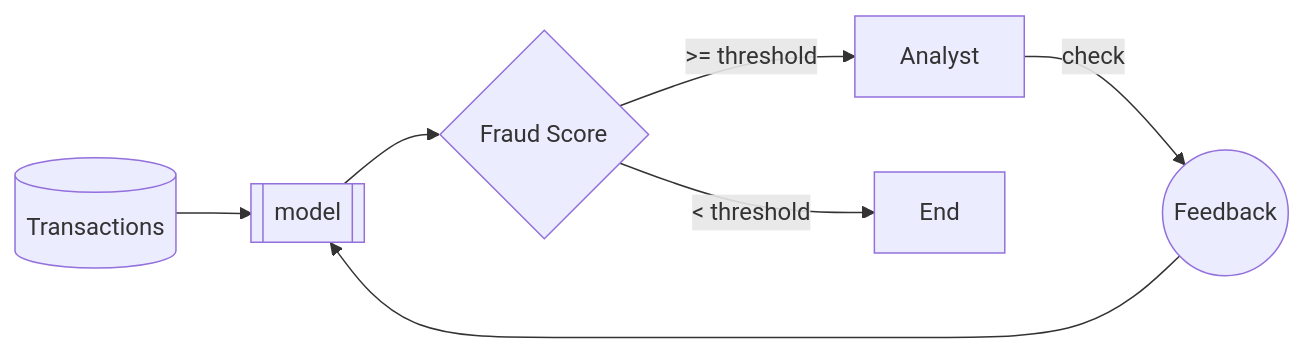
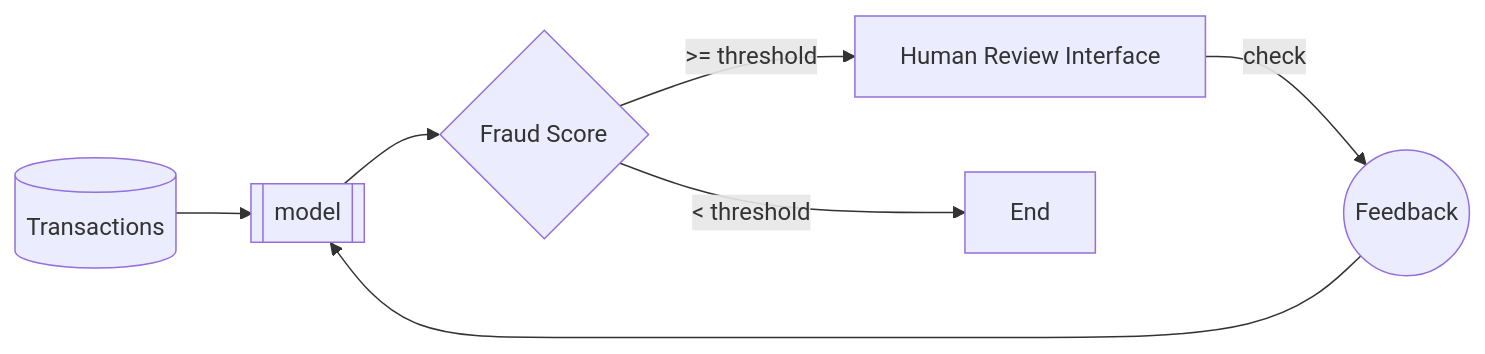
Before and after one commit to lintosunny/Credit-Card-Fraud-Detection-Using-Machine-Learning: the first of 2 diagrams in README.md, drawn with Mermaid. The commit also changed other lines of this file, not shown here.

````diff
--- a/README.md
+++ b/README.md
@@ -11,9 +11,9 @@
 ```mermaid
 flowchart LR
     A[(Transactions)] --> B[[model]]
     B --> C{Fraud Score}
-    C -- >= threshold --> D[Analyst]
+    C -- >= threshold --> D[Human Review Interface]
     C -- < threshold --> E[End]
     D -- check --> F((Feedback))
     F --> B
 ```
````
